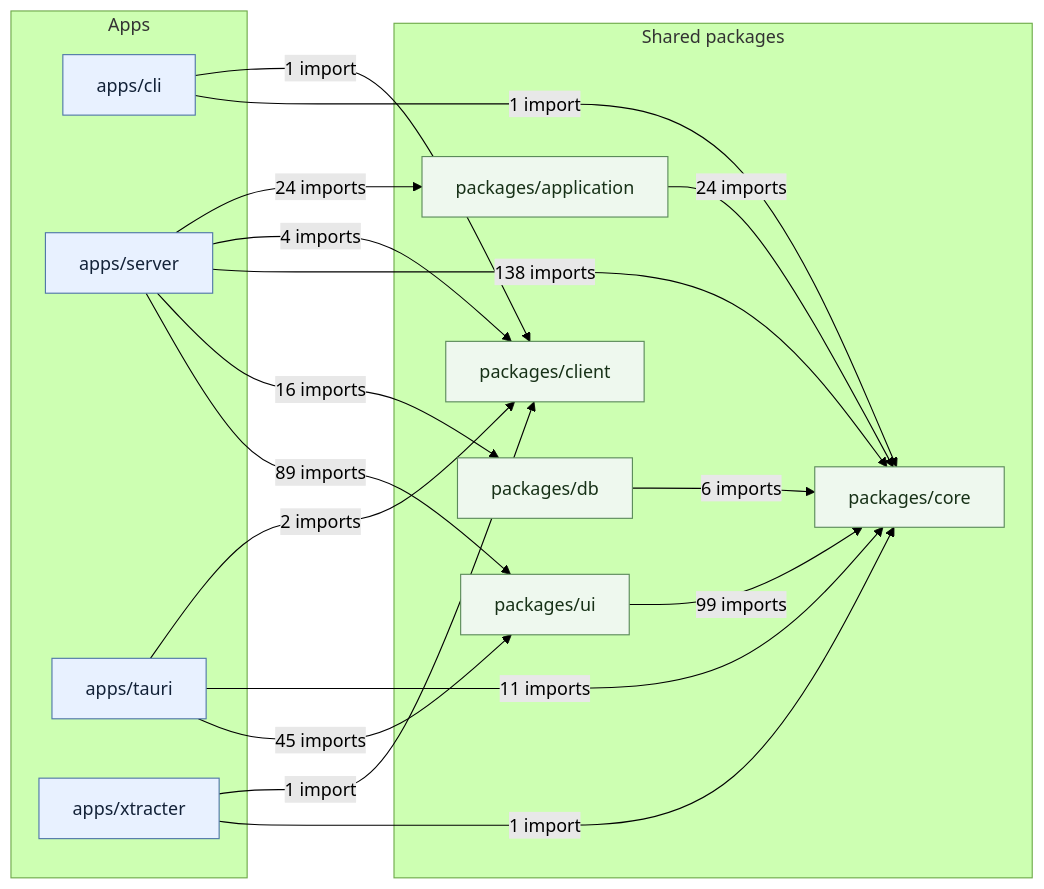
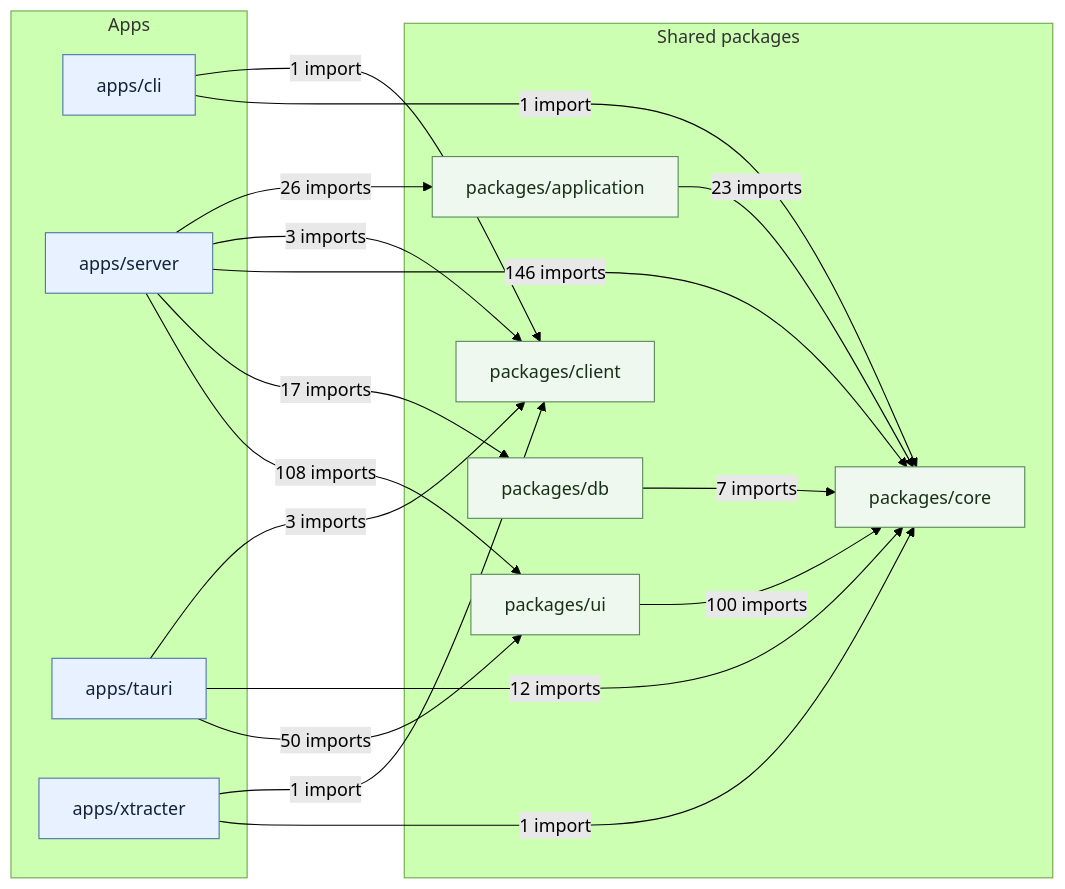
The diagram in docs/architecture/package-dependency-graph.md (hmjn023/solid-imager), drawn with Mermaid (forest theme) before and after one commit. The commit also changed other lines of this file and 53 other files, not shown here.

````diff
--- a/docs/architecture/package-dependency-graph.md
+++ b/docs/architecture/package-dependency-graph.md
@@ -3,46 +5,46 @@
 ```mermaid
 flowchart LR
   %% Aggregated from indexion's source dependency graph.
   %% Scope: apps/{cli,server,tauri,xtracter}/src and packages/{application,client,core,db,ui}/src.
   %% Edge labels are the number of import edges detected by indexion.
 
   subgraph apps["Apps"]
     cli["apps/cli"]
     server["apps/server"]
     tauri["apps/tauri"]
     xtracter["apps/xtracter"]
   end
 
   subgraph packages["Shared packages"]
     application["packages/application"]
     client["packages/client"]
     core["packages/core"]
     db["packages/db"]
     ui["packages/ui"]
   end
 
   cli -->|1 import| client
   cli -->|1 import| core
 
-  server -->|24 imports| application
-  server -->|4 imports| client
-  server -->|138 imports| core
-  server -->|16 imports| db
-  server -->|89 imports| ui
+  server -->|26 imports| application
+  server -->|3 imports| client
+  server -->|146 imports| core
+  server -->|17 imports| db
+  server -->|108 imports| ui
 
-  tauri -->|2 imports| client
-  tauri -->|11 imports| core
-  tauri -->|45 imports| ui
+  tauri -->|3 imports| client
+  tauri -->|12 imports| core
+  tauri -->|50 imports| ui
 
   xtracter -->|1 import| client
   xtracter -->|1 import| core
 
-  application -->|24 imports| core
-  db -->|6 imports| core
-  ui -->|99 imports| core
+  application -->|23 imports| core
+  db -->|7 imports| core
+  ui -->|100 imports| core
 
   classDef app fill:#e8f1ff,stroke:#4f76a8,color:#132238;
   classDef pkg fill:#eef8ee,stroke:#5b8a5a,color:#173117;
   class cli,server,tauri,xtracter app;
   class application,client,core,db,ui pkg;
 ```
````
